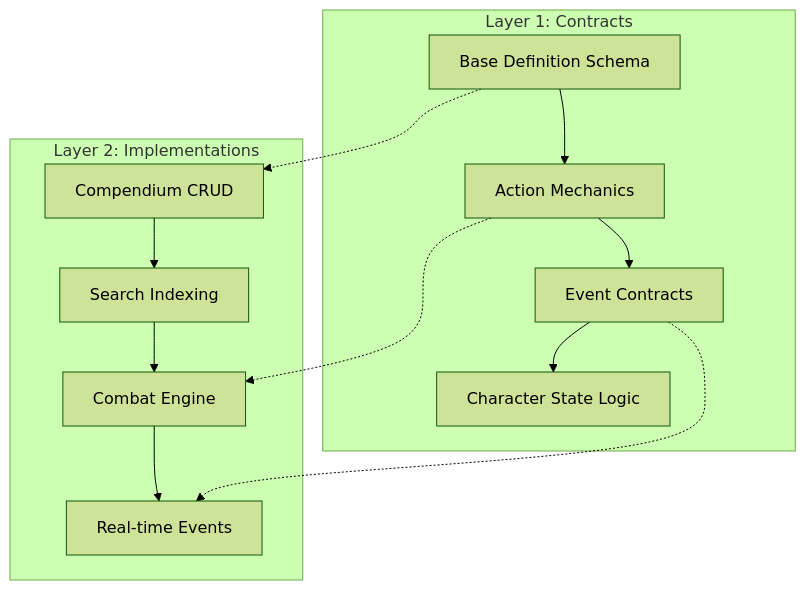
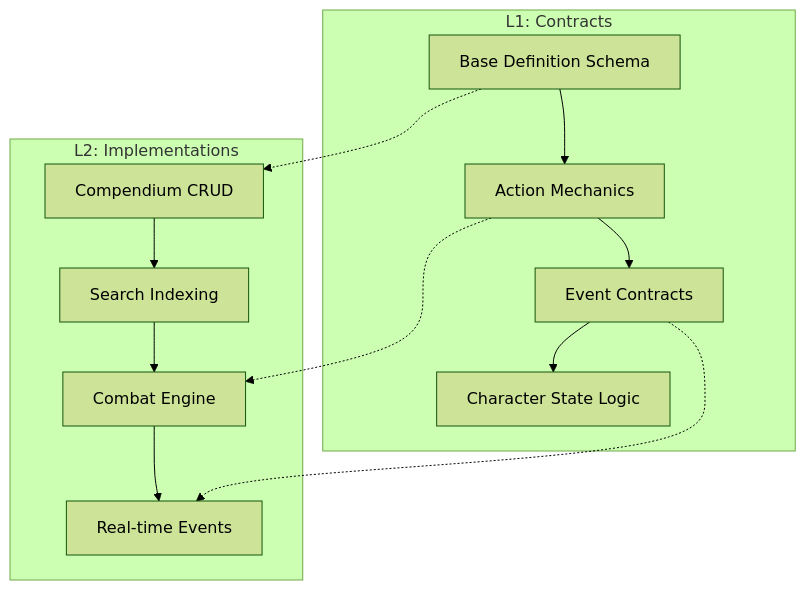
The diagram in ISSUES/architecture/PLANNING_OVERVIEW.md (Pixelfehler310/cmv2), drawn with Mermaid (forest theme) before and after one commit. The commit also changed other lines of this file and 106 other files, not shown here.

````diff
--- a/ISSUES/architecture/PLANNING_OVERVIEW.md
+++ b/ISSUES/architecture/PLANNING_OVERVIEW.md
@@ -7,18 +10,18 @@
 ```mermaid
 graph TD
-    subgraph Layer 1: Contracts
+    subgraph L1: Contracts
         C01[Base Definition Schema] --> C02[Action Mechanics]
         C02 --> C03[Event Contracts]
         C03 --> C04[Character State Logic]
     end
 
-    subgraph Layer 2: Implementations
+    subgraph L2: Implementations
         I01[Compendium CRUD] --> I02[Search Indexing]
         I02 --> I03[Combat Engine]
         I03 --> I04[Real-time Events]
     end
 
     C01 -.-> I01
     C02 -.-> I03
     C03 -.-> I04
 ```
````
